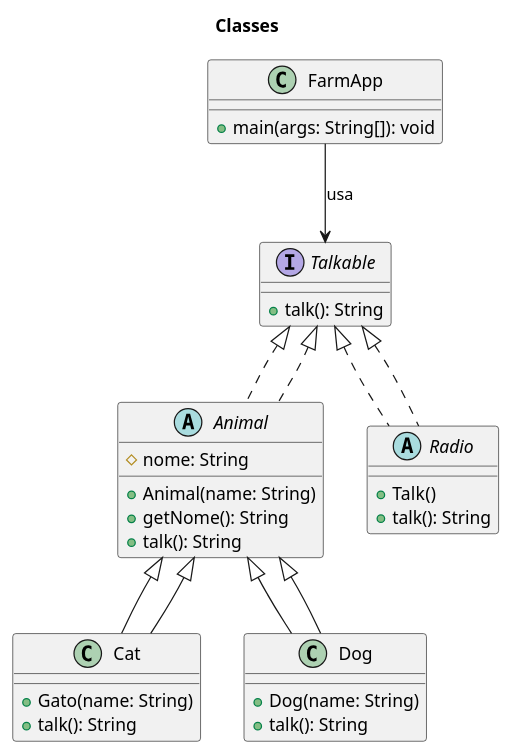
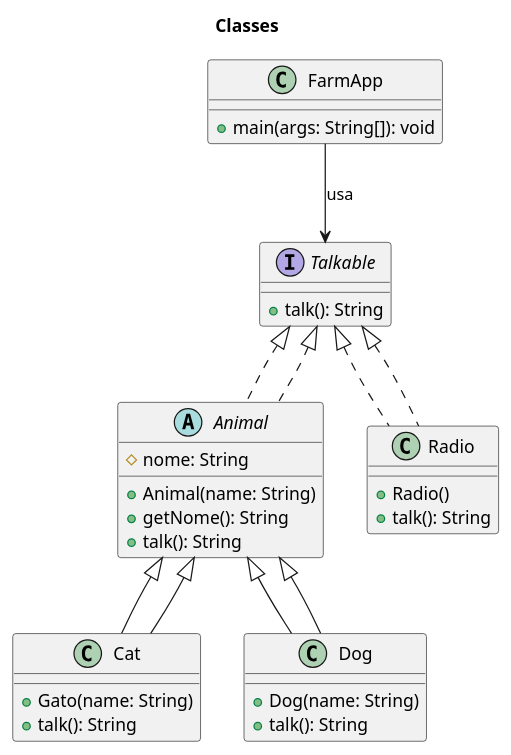
The diagram in FarmApp.puml (danielavescia/Start), drawn with PlantUML before and after one commit. The commit also changed 1 other file, not shown here.

Commit message:
Fix do diagrama de classses

```diff
--- a/FarmApp.puml
+++ b/FarmApp.puml
@@ -1,42 +1,42 @@
 @startuml
 
 title Classes 
 
 interface Talkable{
     +talk(): String
 }
 
 abstract class Animal implements Talkable{
     # nome: String
     + Animal(name: String)
     + getNome(): String
     + talk(): String
 }
 
 class Cat extends Animal{
     + Gato(name: String)
     + talk(): String
 }
 
 class Dog extends Animal{
     + Dog(name: String)
     + talk(): String
 }
 
-abstract class Radio implements Talkable{
-    + Talk()
+class Radio implements Talkable{
+    + Radio()
     + talk(): String
 }
 
 class FarmApp{
     + main(args: String[]): void
 }
 
 ' Relacionamentos
 Animal <|-- Dog
 Animal <|-- Cat
 Talkable <|.. Animal
 Talkable <|.. Radio
 FarmApp --> Talkable : usa
 
 @enduml
```
